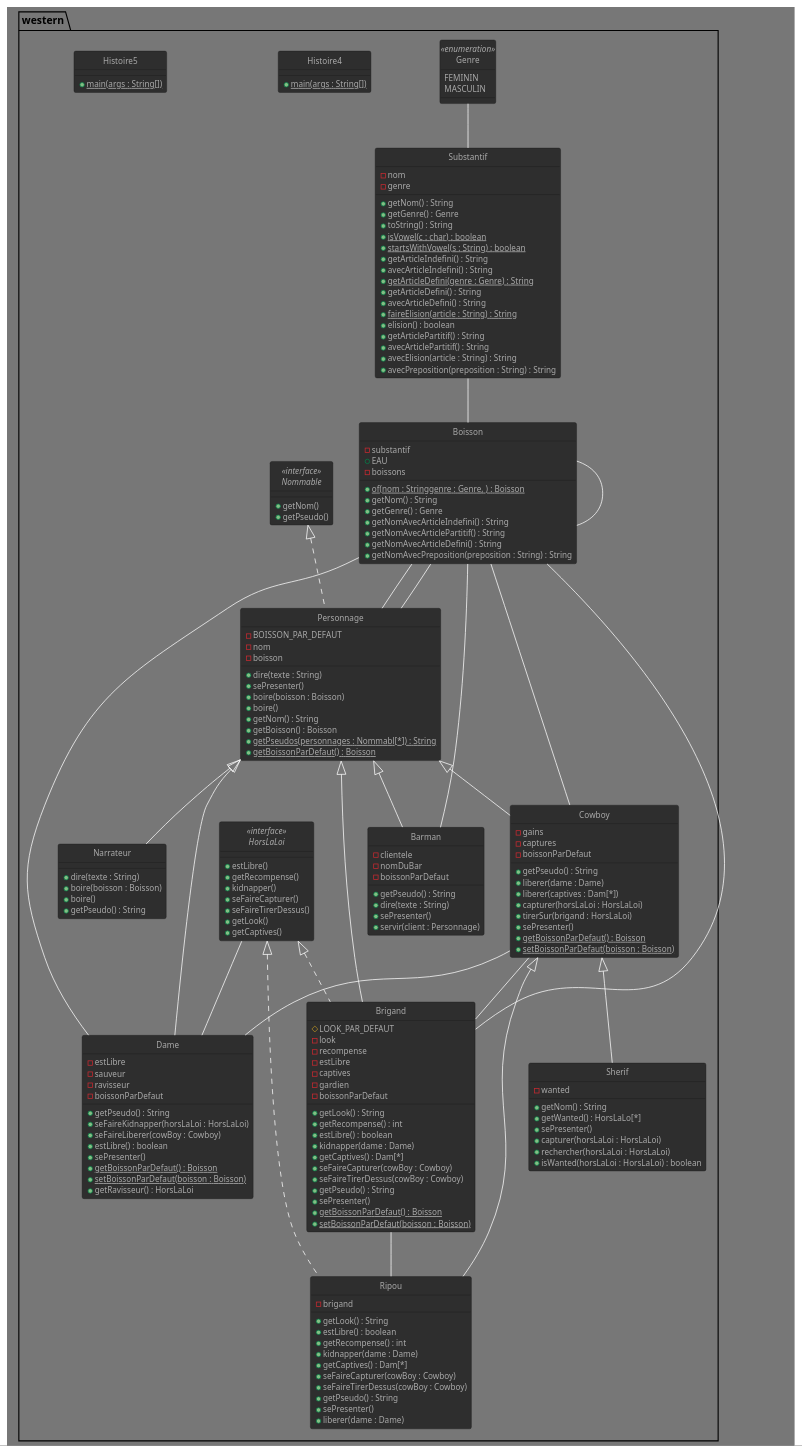
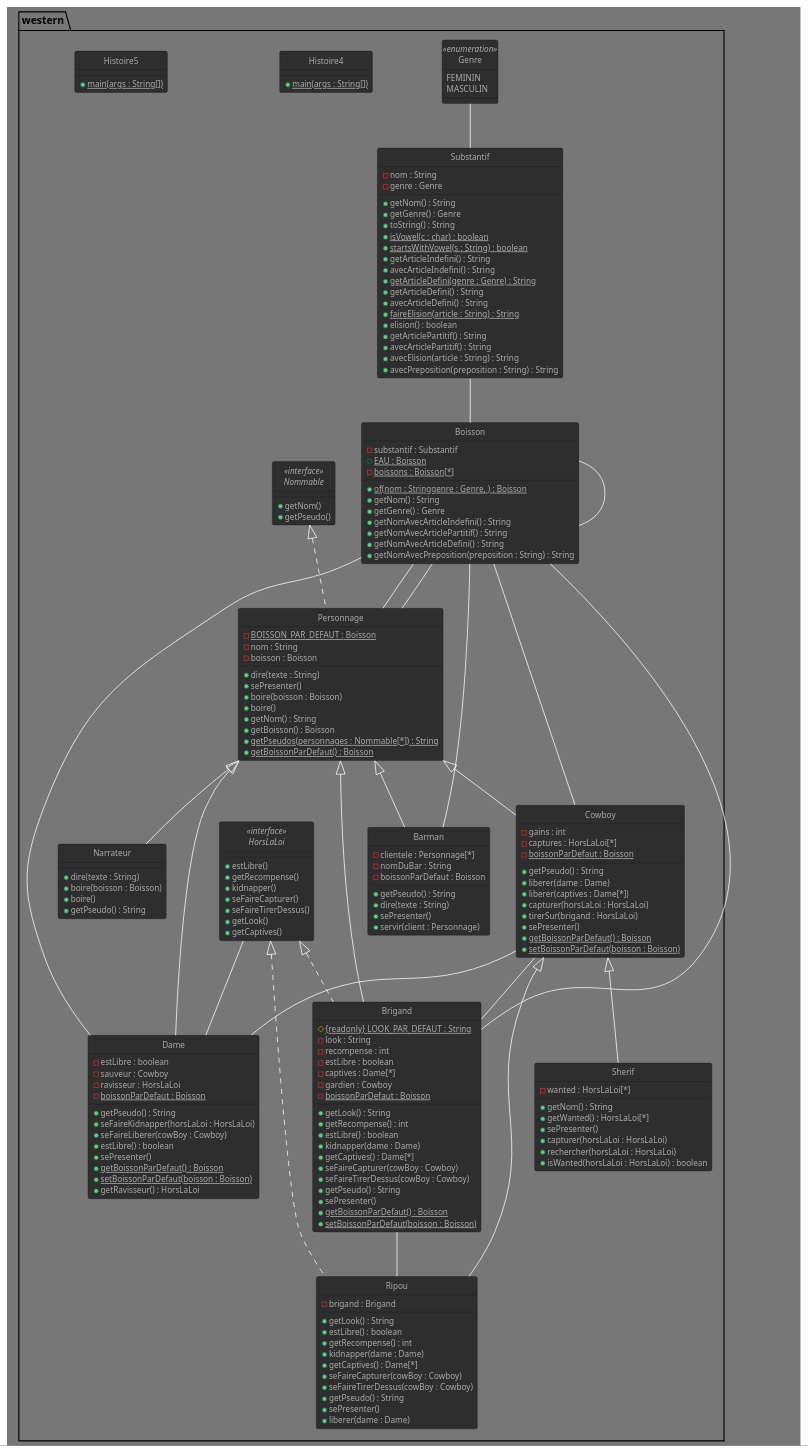
Before and after one commit to GlazKrovi/JavaToPlantUML: the diagram in generates/pumls/DCC_western.puml, drawn with PlantUML. The commit also changed 7 other files, not shown here.

```diff
--- a/generates/pumls/DCC_western.puml
+++ b/generates/pumls/DCC_western.puml
@@ -1,187 +1,187 @@
 @startuml
 !theme reddress-darkgreen
 skinparam style strictuml
 
 package western {
 class Barman extends western.Personnage {
--clientele
--nomDuBar
--boissonParDefaut
+-clientele : Personnage[*]
+-nomDuBar : String
+-boissonParDefaut : Boisson
 +getPseudo() : String
 +dire(texte : String)
 +sePresenter()
 +servir(client : Personnage)
 
 }
 class Boisson {
--substantif
-+EAU
--boissons
+-substantif : Substantif
++ {static} EAU : Boisson
+- {static} boissons : Boisson[*]
 + {static} of(nom : Stringgenre : Genre, ) : Boisson
 +getNom() : String
 +getGenre() : Genre
 +getNomAvecArticleIndefini() : String
 +getNomAvecArticlePartitif() : String
 +getNomAvecArticleDefini() : String
 +getNomAvecPreposition(preposition : String) : String
 
 }
 class Brigand extends western.Personnage implements western.HorsLaLoi {
-#LOOK_PAR_DEFAUT
--look
--recompense
--estLibre
--captives
--gardien
+# {static}  {readonly} LOOK_PAR_DEFAUT : String
+-look : String
+-recompense : int
+-estLibre : boolean
+-captives : Dame[*]
+-gardien : Cowboy
 +getLook() : String
 +getRecompense() : int
 +estLibre() : boolean
 +kidnapper(dame : Dame)
-+getCaptives() : Dam[*]
++getCaptives() : Dame[*]
 +seFaireCapturer(cowBoy : Cowboy)
 +seFaireTirerDessus(cowBoy : Cowboy)
 +getPseudo() : String
 +sePresenter()
--boissonParDefaut
+- {static} boissonParDefaut : Boisson
 + {static} getBoissonParDefaut() : Boisson
 + {static} setBoissonParDefaut(boisson : Boisson)
 
 }
 class Cowboy extends western.Personnage {
--gains
--captures
+-gains : int
+-captures : HorsLaLoi[*]
 +getPseudo() : String
 +liberer(dame : Dame)
-+liberer(captives : Dam[*])
++liberer(captives : Dame[*])
 +capturer(horsLaLoi : HorsLaLoi)
 +tirerSur(brigand : HorsLaLoi)
 +sePresenter()
--boissonParDefaut
+- {static} boissonParDefaut : Boisson
 + {static} getBoissonParDefaut() : Boisson
 + {static} setBoissonParDefaut(boisson : Boisson)
 
 }
 class Dame extends western.Personnage {
--estLibre
--sauveur
--ravisseur
+-estLibre : boolean
+-sauveur : Cowboy
+-ravisseur : HorsLaLoi
 +getPseudo() : String
 +seFaireKidnapper(horsLaLoi : HorsLaLoi)
 +seFaireLiberer(cowBoy : Cowboy)
 +estLibre() : boolean
 +sePresenter()
--boissonParDefaut
+- {static} boissonParDefaut : Boisson
 + {static} getBoissonParDefaut() : Boisson
 + {static} setBoissonParDefaut(boisson : Boisson)
 +getRavisseur() : HorsLaLoi
 
 }
 enum Genre <<enumeration>> {
 FEMININ
 MASCULIN
 
 }
 class Histoire4 {
 + {static} main(args : String[])
 
 }
 class Histoire5 {
 + {static} main(args : String[])
 
 }
 interface HorsLaLoi <<interface>> {
 +estLibre()
 +getRecompense()
 +kidnapper()
 +seFaireCapturer()
 +seFaireTirerDessus()
 +getLook()
 +getCaptives()
 
 }
 class Narrateur extends western.Personnage {
 +dire(texte : String)
 +boire(boisson : Boisson)
 +boire()
 +getPseudo() : String
 
 }
 interface Nommable <<interface>> {
 +getNom()
 +getPseudo()
 
 }
 class Personnage implements western.Nommable {
--BOISSON_PAR_DEFAUT
--nom
--boisson
+- {static} BOISSON_PAR_DEFAUT : Boisson
+-nom : String
+-boisson : Boisson
 +dire(texte : String)
 +sePresenter()
 +boire(boisson : Boisson)
 +boire()
 +getNom() : String
 +getBoisson() : Boisson
-+ {static} getPseudos(personnages : Nommabl[*]) : String
++ {static} getPseudos(personnages : Nommable[*]) : String
 + {static} getBoissonParDefaut() : Boisson
 
 }
 class Ripou extends western.Cowboy implements western.HorsLaLoi {
--brigand
+-brigand : Brigand
 +getLook() : String
 +estLibre() : boolean
 +getRecompense() : int
 +kidnapper(dame : Dame)
-+getCaptives() : Dam[*]
++getCaptives() : Dame[*]
 +seFaireCapturer(cowBoy : Cowboy)
 +seFaireTirerDessus(cowBoy : Cowboy)
 +getPseudo() : String
 +sePresenter()
 +liberer(dame : Dame)
 
 }
 class Sherif extends western.Cowboy {
--wanted
+-wanted : HorsLaLoi[*]
 +getNom() : String
-+getWanted() : HorsLaLo[*]
++getWanted() : HorsLaLoi[*]
 +sePresenter()
 +capturer(horsLaLoi : HorsLaLoi)
 +rechercher(horsLaLoi : HorsLaLoi)
 +isWanted(horsLaLoi : HorsLaLoi) : boolean
 
 }
 class Substantif {
--nom
--genre
+-nom : String
+-genre : Genre
 +getNom() : String
 +getGenre() : Genre
 +toString() : String
 + {static} isVowel(c : char) : boolean
 + {static} startsWithVowel(s : String) : boolean
 +getArticleIndefini() : String
 +avecArticleIndefini() : String
 + {static} getArticleDefini(genre : Genre) : String
 +getArticleDefini() : String
 +avecArticleDefini() : String
 + {static} faireElision(article : String) : String
 +elision() : boolean
 +getArticlePartitif() : String
 +avecArticlePartitif() : String
 +avecElision(article : String) : String
 +avecPreposition(preposition : String) : String
 
 }
 western.Boisson -- Barman
 western.Substantif -- Boisson
 western.Boisson -- Boisson
 western.Cowboy -- Brigand
 western.Boisson -- Brigand
 western.Boisson -- Cowboy
 western.Cowboy -- Dame
 western.HorsLaLoi -- Dame
 western.Boisson -- Dame
 western.Boisson -- Personnage
 western.Boisson -- Personnage
 western.Brigand -- Ripou
 western.Genre -- Substantif
 
 @enduml
```
